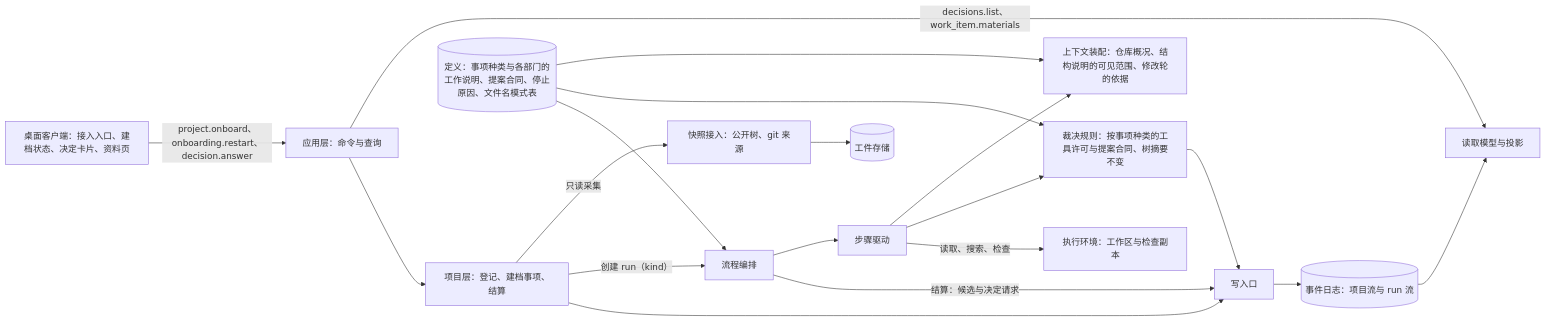
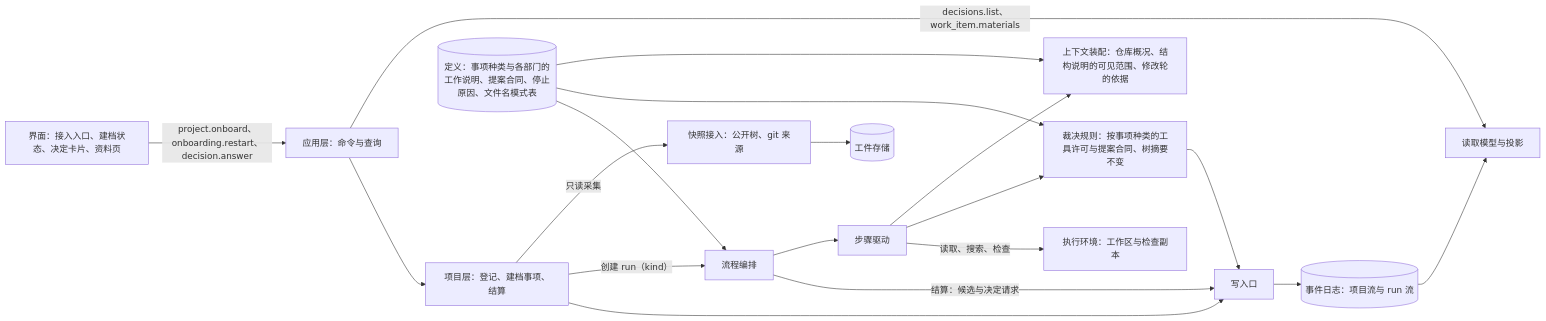
The third of 3 diagrams in docs/design/existing-project-onboarding.md (bender2333/yudao), drawn with Mermaid before and after one commit. The commit also changed other lines of this file and 31 other files, not shown here.

````diff
--- a/docs/design/existing-project-onboarding.md
+++ b/docs/design/existing-project-onboarding.md
@@ -263,21 +263,21 @@
 ```mermaid
 flowchart LR
-  Client["桌面客户端：接入入口、建档状态、决定卡片、资料页"] -->|"project.onboard、onboarding.restart、decision.answer"| App["应用层：命令与查询"]
+  Client["界面：接入入口、建档状态、决定卡片、资料页"] -->|"project.onboard、onboarding.restart、decision.answer"| App["应用层：命令与查询"]
   App -->|"decisions.list、work_item.materials"| Read["读取模型与投影"]
   App --> Proj["项目层：登记、建档事项、结算"]
   Proj -->|"只读采集"| Snap["快照接入：公开树、git 来源"]
   Snap --> Store[("工件存储")]
   Proj -->|"创建 run（kind）"| Orch["流程编排"]
   Orch --> Step["步骤驱动"]
   Step --> P["上下文装配：仓库概况、结构说明的可见范围、修改轮的依据"]
   Step --> U["裁决规则：按事项种类的工具许可与提案合同、树摘要不变"]
   Defs[("定义：事项种类与各部门的工作说明、提案合同、停止原因、文件名模式表")] --> P
   Defs --> U
   Defs --> Orch
   Step -->|"读取、搜索、检查"| Env["执行环境：工作区与检查副本"]
   Orch -->|"结算：候选与决定请求"| Wr["写入口"]
   Proj --> Wr
   U --> Wr
   Wr --> Log[("事件日志：项目流与 run 流")]
   Log --> Read
 ```
````
